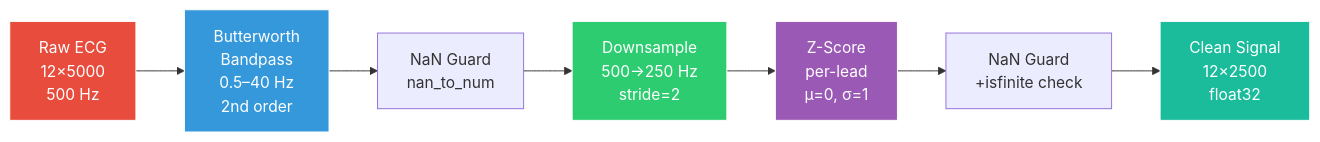
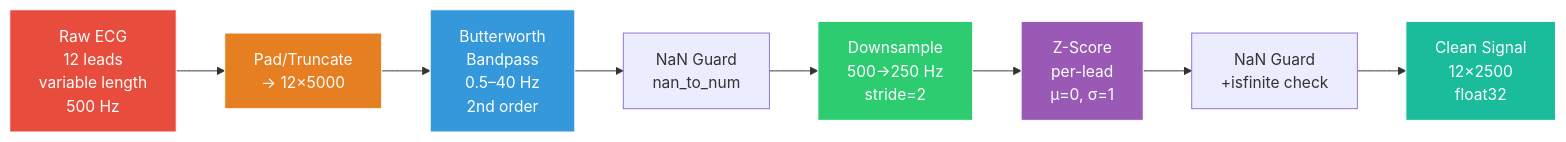
One commit to adzetto/hayatin_ritmi changed diagram 12 of 12 in docs/model/MODEL_DOCUMENTATION.md. Above: the diagram before and after it, drawn with Mermaid. The commit also changed other lines of this file, not shown here.

````diff
--- a/docs/model/MODEL_DOCUMENTATION.md
+++ b/docs/model/MODEL_DOCUMENTATION.md
@@ -352,15 +662,17 @@
 ```mermaid
 flowchart LR
-    RAW["Raw ECG<br/>12×5000<br/>500 Hz"] --> BP["Butterworth<br/>Bandpass<br/>0.5–40 Hz<br/>2nd order"]
+    RAW["Raw ECG<br/>12 leads<br/>variable length<br/>500 Hz"] --> PAD["Pad/Truncate<br/>→ 12×5000"]
+    PAD --> BP["Butterworth<br/>Bandpass<br/>0.5–40 Hz<br/>2nd order"]
     BP --> NAN1["NaN Guard<br/>nan_to_num"]
     NAN1 --> DS["Downsample<br/>500→250 Hz<br/>stride=2"]
     DS --> ZNORM["Z-Score<br/>per-lead<br/>μ=0, σ=1"]
     ZNORM --> NAN2["NaN Guard<br/>+isfinite check"]
     NAN2 --> OUT["Clean Signal<br/>12×2500<br/>float32"]
 
     style RAW fill:#e74c3c,stroke:#fff,color:#fff
+    style PAD fill:#e67e22,stroke:#fff,color:#fff
     style BP fill:#3498db,stroke:#fff,color:#fff
     style DS fill:#2ecc71,stroke:#fff,color:#fff
     style ZNORM fill:#9b59b6,stroke:#fff,color:#fff
     style OUT fill:#1abc9c,stroke:#fff,color:#fff
 ```
````
